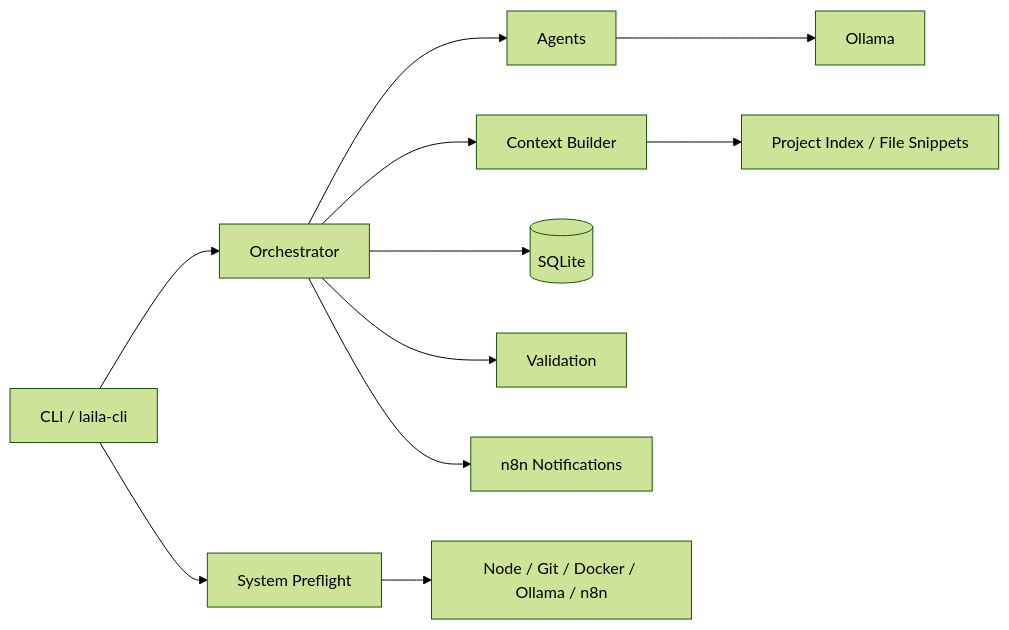
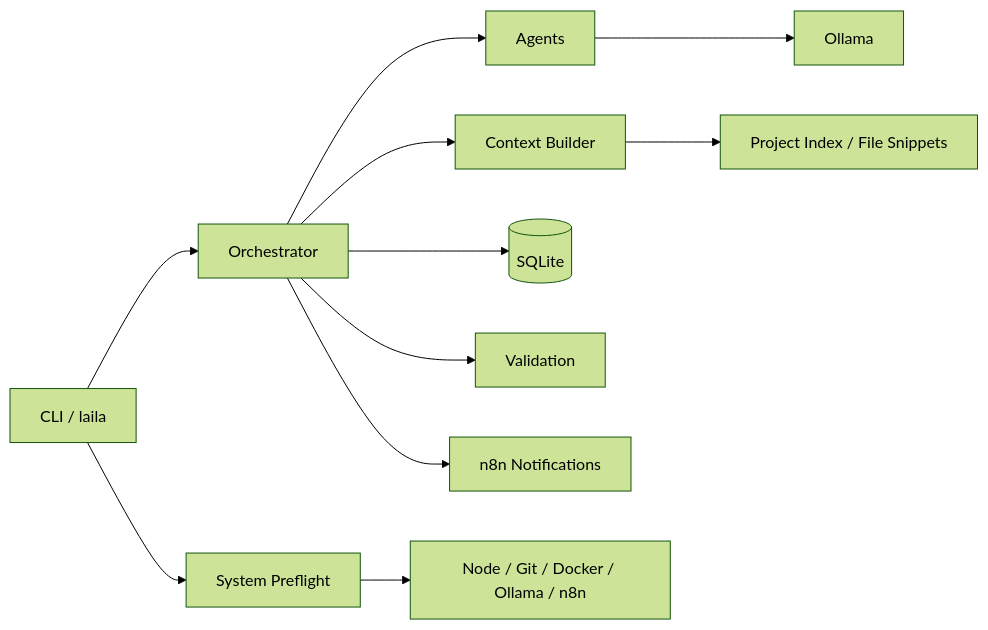
The diagram in docs/ARCHITECTURE.md (anuragkumar1903/Laila-Adv-), drawn with Mermaid (forest theme) before and after one commit. The commit also changed other lines of this file and 14 other files, not shown here.

````diff
--- a/docs/ARCHITECTURE.md
+++ b/docs/ARCHITECTURE.md
@@ -6,13 +7,13 @@
 ```mermaid
 flowchart LR
-  CLI[CLI / laila-cli] --> ORCH[Orchestrator]
+  CLI[CLI / laila] --> ORCH[Orchestrator]
   CLI --> PREF[System Preflight]
   ORCH --> AGENTS[Agents]
   AGENTS --> LLM[Ollama]
   ORCH --> CTX[Context Builder]
   CTX --> IDX[Project Index / File Snippets]
   ORCH --> DB[(SQLite)]
   ORCH --> VAL[Validation]
   ORCH --> N8N[n8n Notifications]
   PREF --> SYS[Node / Git / Docker / Ollama / n8n]
 ```
````
